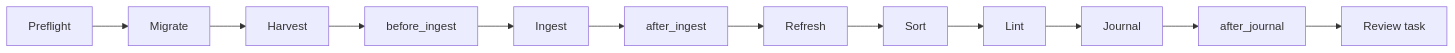
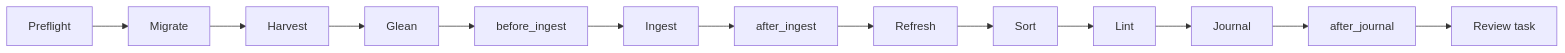
Before and after one commit to Kolibee-GmbH/m2b: the diagram in docs/curation.md, drawn with Mermaid. The commit also changed other lines of this file and 17 other files, not shown here.

````diff
--- a/docs/curation.md
+++ b/docs/curation.md
@@ -17,4 +17,4 @@
 ```mermaid
 flowchart LR
-  pre[Preflight] --> migrate[Migrate] --> harvest[Harvest] --> before[before_ingest] --> ingest[Ingest] --> afteri[after_ingest] --> refresh[Refresh] --> sort[Sort] --> lint[Lint] --> journal[Journal] --> after[after_journal] --> review[Review task]
+  pre[Preflight] --> migrate[Migrate] --> harvest[Harvest] --> glean[Glean] --> before[before_ingest] --> ingest[Ingest] --> afteri[after_ingest] --> refresh[Refresh] --> sort[Sort] --> lint[Lint] --> journal[Journal] --> after[after_journal] --> review[Review task]
 ```
````
